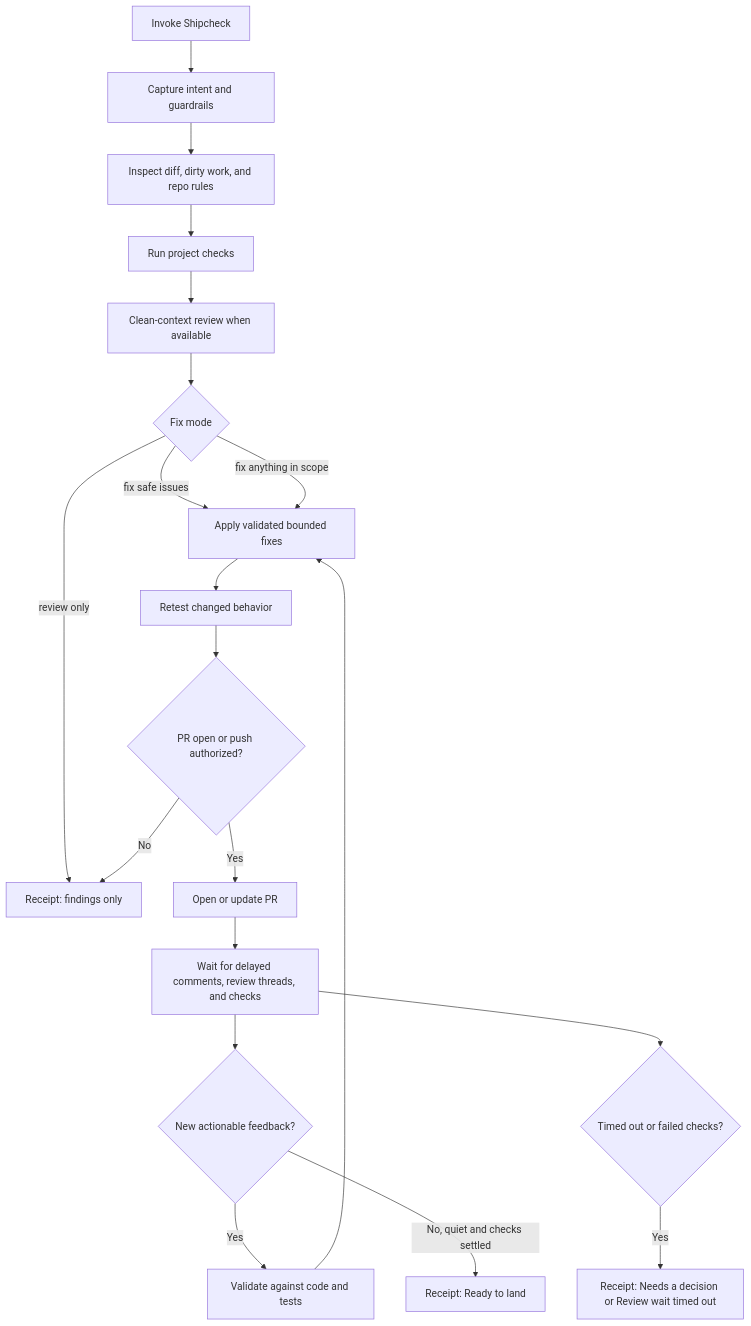
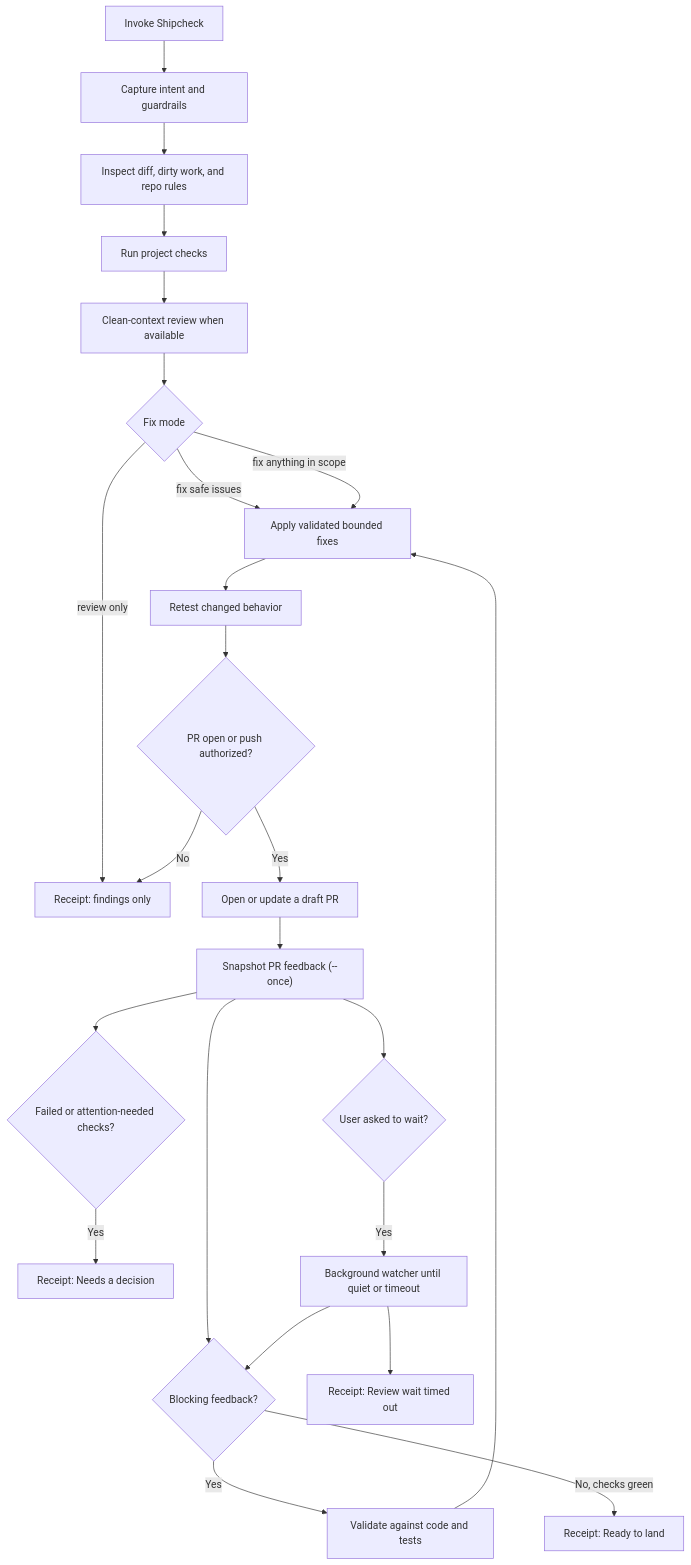
Before and after one commit to matthewrball/skills: the diagram in README.md, drawn with Mermaid. The commit also changed other lines of this file and 4 other files, not shown here.

````diff
--- a/README.md
+++ b/README.md
@@ -72,22 +75,26 @@
 ```mermaid
 flowchart TD
     A["Invoke Shipcheck"] --> B["Capture intent and guardrails"]
     B --> C["Inspect diff, dirty work, and repo rules"]
     C --> D["Run project checks"]
     D --> E["Clean-context review when available"]
     E --> F{"Fix mode"}
     F -- "review only" --> G["Receipt: findings only"]
     F -- "fix safe issues" --> H["Apply validated bounded fixes"]
     F -- "fix anything in scope" --> H
     H --> I["Retest changed behavior"]
     I --> J{"PR open or push authorized?"}
     J -- "No" --> G
-    J -- "Yes" --> K["Open or update PR"]
-    K --> L["Wait for delayed comments, review threads, and checks"]
-    L --> M{"New actionable feedback?"}
+    J -- "Yes" --> K["Open or update a draft PR"]
+    K --> L["Snapshot PR feedback (--once)"]
+    L --> M{"Blocking feedback?"}
     M -- "Yes" --> N["Validate against code and tests"]
     N --> H
-    M -- "No, quiet and checks settled" --> O["Receipt: Ready to land"]
-    L --> P{"Timed out or failed checks?"}
-    P -- "Yes" --> Q["Receipt: Needs a decision or Review wait timed out"]
+    M -- "No, checks green" --> O["Receipt: Ready to land"]
+    L --> P{"Failed or attention-needed checks?"}
+    P -- "Yes" --> Q["Receipt: Needs a decision"]
+    L --> R{"User asked to wait?"}
+    R -- "Yes" --> S["Background watcher until quiet or timeout"]
+    S --> M
+    S --> T["Receipt: Review wait timed out"]
 ```
````
